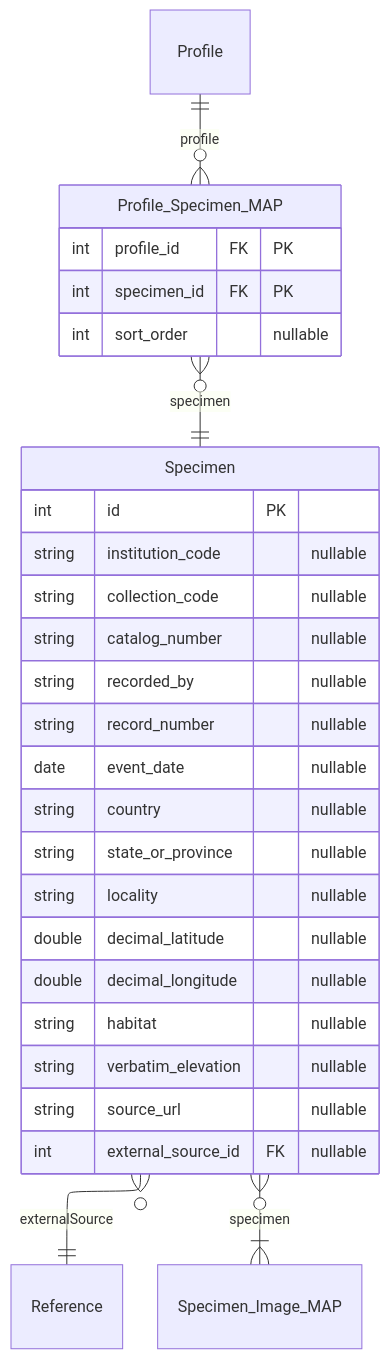
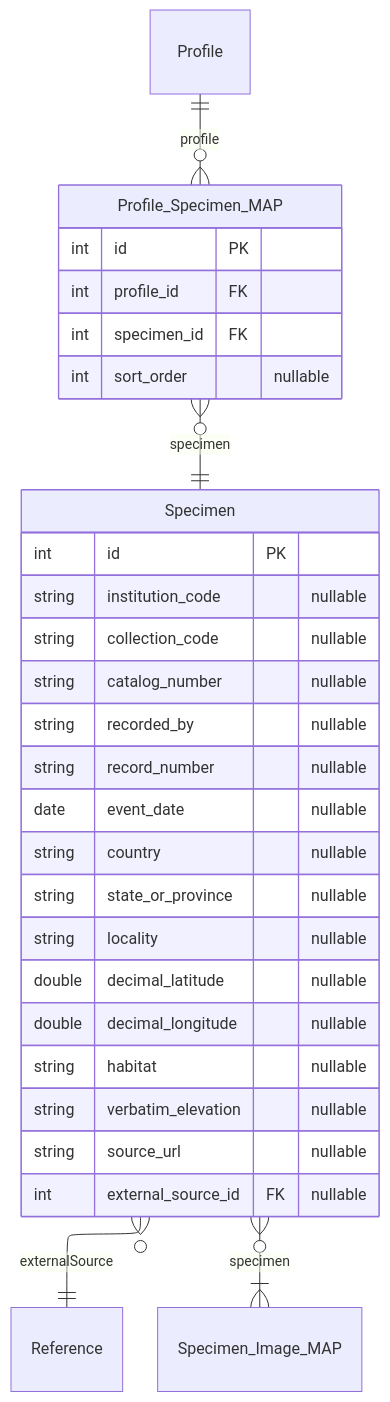
Diagram 14 of 19 in docs/layers.md (vicflora/vicflora-data-model-2026), drawn with Mermaid before and after one commit. The commit also changed other lines of this file and 84 other files, not shown here.

````diff
--- a/docs/layers.md
+++ b/docs/layers.md
@@ -644,36 +649,37 @@
 ```mermaid
 ---
 config:
   layout: elk
 ---
 erDiagram
     Profile ||--o{ Profile_Specimen_MAP : "profile"
     Profile_Specimen_MAP }o--|| Specimen : "specimen"
     Specimen }o--|| Reference : "externalSource"
     Specimen }o--|{ Specimen_Image_MAP : "specimen"
 
     Profile_Specimen_MAP {
-        int profile_id FK "PK"
-        int specimen_id FK "PK"
+        int id PK
+        int profile_id FK 
+        int specimen_id FK
         int sort_order "nullable"
     }
 
     Specimen {
         int id PK
         string institution_code "nullable"
         string collection_code "nullable"
         string catalog_number "nullable"
         string recorded_by "nullable"
         string record_number "nullable"
         date event_date "nullable"
         string country "nullable"
         string state_or_province "nullable"
         string locality "nullable"
         double decimal_latitude "nullable"
         double decimal_longitude "nullable"
         string habitat "nullable"
         string verbatim_elevation "nullable"
         string source_url "nullable"
         int external_source_id FK "nullable"
     }
 ```
````
